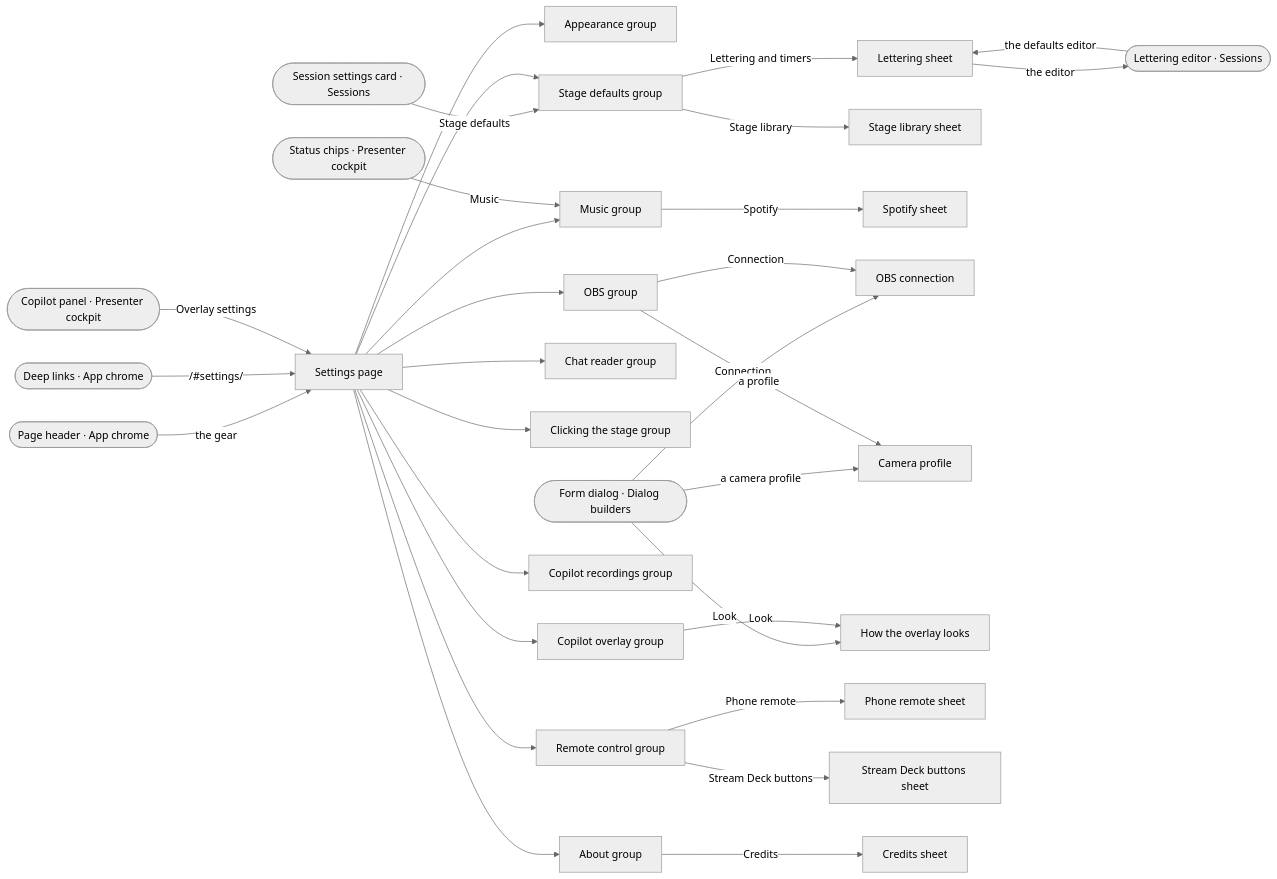
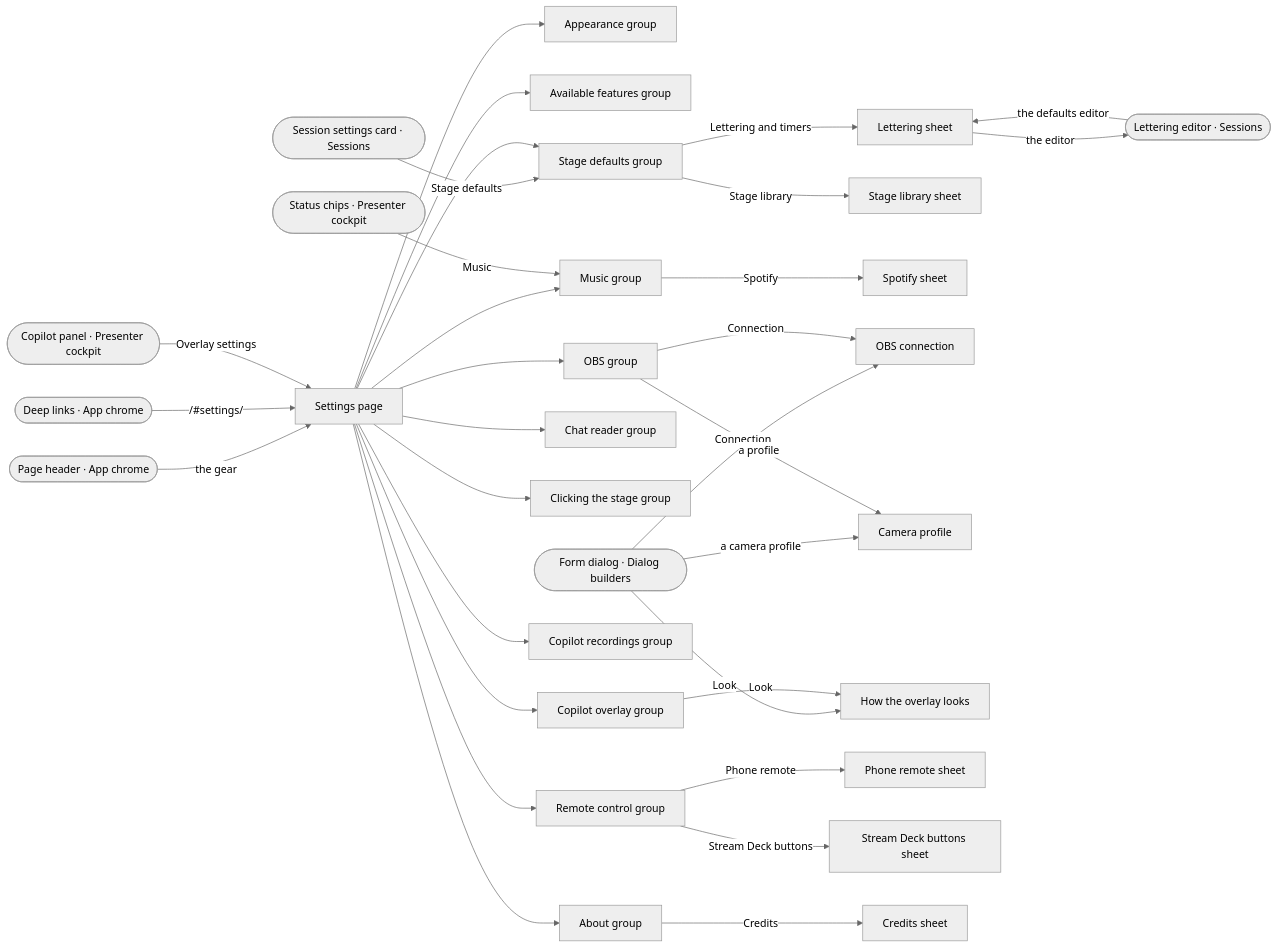
Before and after one commit to ferraroroberto/facilitation-suite: the eighth of 12 diagrams in docs/ux-surface-map.md, drawn with Mermaid (neutral theme). The commit also changed other lines of this file and 51 other files, not shown here.

````diff
--- a/docs/ux-surface-map.md
+++ b/docs/ux-surface-map.md
@@ -1216,59 +1216,61 @@
 ```mermaid
 flowchart LR
   s69["Settings page"]
   s70["Appearance group"]
-  s71["Stage defaults group"]
-  s72["Lettering sheet"]
-  s73["Stage library sheet"]
-  s74["Music group"]
-  s75["Spotify sheet"]
-  s76["OBS group"]
-  s77["OBS connection"]
-  s78["Camera profile"]
-  s79["Chat reader group"]
-  s80["Clicking the stage group"]
-  s81["Copilot overlay group"]
-  s82["How the overlay looks"]
-  s83["Copilot recordings group"]
-  s84["Remote control group"]
-  s85["Phone remote sheet"]
-  s86["Stream Deck buttons sheet"]
-  s87["About group"]
-  s88["Credits sheet"]
+  s71["Available features group"]
+  s72["Stage defaults group"]
+  s73["Lettering sheet"]
+  s74["Stage library sheet"]
+  s75["Music group"]
+  s76["Spotify sheet"]
+  s77["OBS group"]
+  s78["OBS connection"]
+  s79["Camera profile"]
+  s80["Chat reader group"]
+  s81["Clicking the stage group"]
+  s82["Copilot overlay group"]
+  s83["How the overlay looks"]
+  s84["Copilot recordings group"]
+  s85["Remote control group"]
+  s86["Phone remote sheet"]
+  s87["Stream Deck buttons sheet"]
+  s88["About group"]
+  s89["Credits sheet"]
   s1(["Page header · App chrome"])
   s5(["Deep links · App chrome"])
   s6(["Form dialog · Dialog builders"])
   s20(["Session settings card · Sessions"])
   s21(["Lettering editor · Sessions"])
-  s92(["Status chips · Presenter cockpit"])
-  s99(["Copilot panel · Presenter cockpit"])
+  s93(["Status chips · Presenter cockpit"])
+  s100(["Copilot panel · Presenter cockpit"])
   s1 -->|"the gear"| s69
   s5 -->|"/#settings/<section>"| s69
-  s6 -->|"Connection"| s77
-  s6 -->|"a camera profile"| s78
-  s6 -->|"Look"| s82
-  s20 -->|"Stage defaults"| s71
-  s21 -->|"the defaults editor"| s72
+  s6 -->|"Connection"| s78
+  s6 -->|"a camera profile"| s79
+  s6 -->|"Look"| s83
+  s20 -->|"Stage defaults"| s72
+  s21 -->|"the defaults editor"| s73
   s69 --> s70
   s69 --> s71
-  s69 --> s74
-  s69 --> s76
-  s69 --> s79
+  s69 --> s72
+  s69 --> s75
+  s69 --> s77
   s69 --> s80
   s69 --> s81
-  s69 --> s83
+  s69 --> s82
   s69 --> s84
-  s69 --> s87
-  s71 -->|"Lettering and timers"| s72
-  s71 -->|"Stage library"| s73
-  s72 -->|"the editor"| s21
-  s74 -->|"Spotify"| s75
-  s76 -->|"Connection"| s77
-  s76 -->|"a profile"| s78
-  s81 -->|"Look"| s82
-  s84 -->|"Phone remote"| s85
-  s84 -->|"Stream Deck buttons"| s86
-  s87 -->|"Credits"| s88
-  s92 -->|"Music"| s74
-  s99 -->|"Overlay settings"| s69
+  s69 --> s85
+  s69 --> s88
+  s72 -->|"Lettering and timers"| s73
+  s72 -->|"Stage library"| s74
+  s73 -->|"the editor"| s21
+  s75 -->|"Spotify"| s76
+  s77 -->|"Connection"| s78
+  s77 -->|"a profile"| s79
+  s82 -->|"Look"| s83
+  s85 -->|"Phone remote"| s86
+  s85 -->|"Stream Deck buttons"| s87
+  s88 -->|"Credits"| s89
+  s93 -->|"Music"| s75
+  s100 -->|"Overlay settings"| s69
 ```
````
